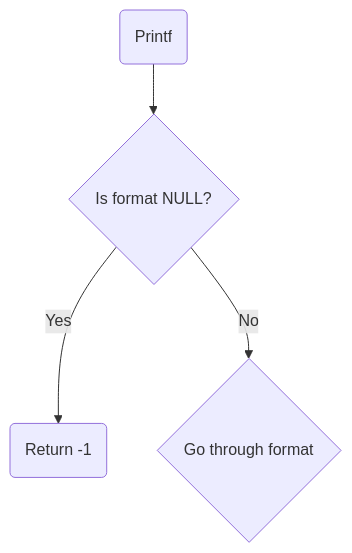
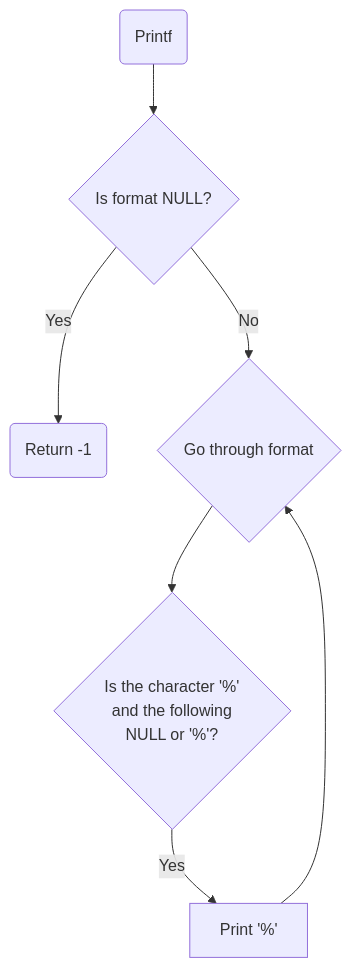
Before and after one commit to gallit0/holbertonschool-printf: the diagram in FLOWCHART.md, drawn with Mermaid.

````diff
--- a/FLOWCHART.md
+++ b/FLOWCHART.md
@@ -1,6 +1,8 @@
 ```mermaid
 graph TD;
 	Start(Printf)-->If0{Is format NULL?}
 	If0-->|Yes|Return0(Return -1)
 	If0-->|No|While0{Go through format}
+	While0-->If1{Is the character '%'<br> and the following<br>NULL or '%'?}
+	If1-->|Yes|Put0[Print '%']-->While0
 ```
````
